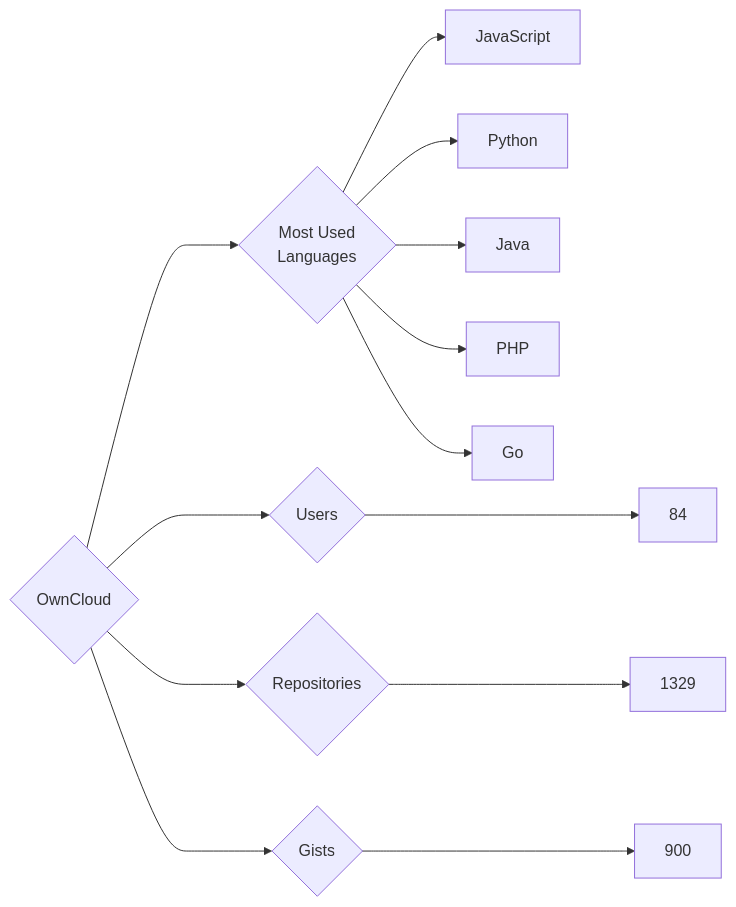
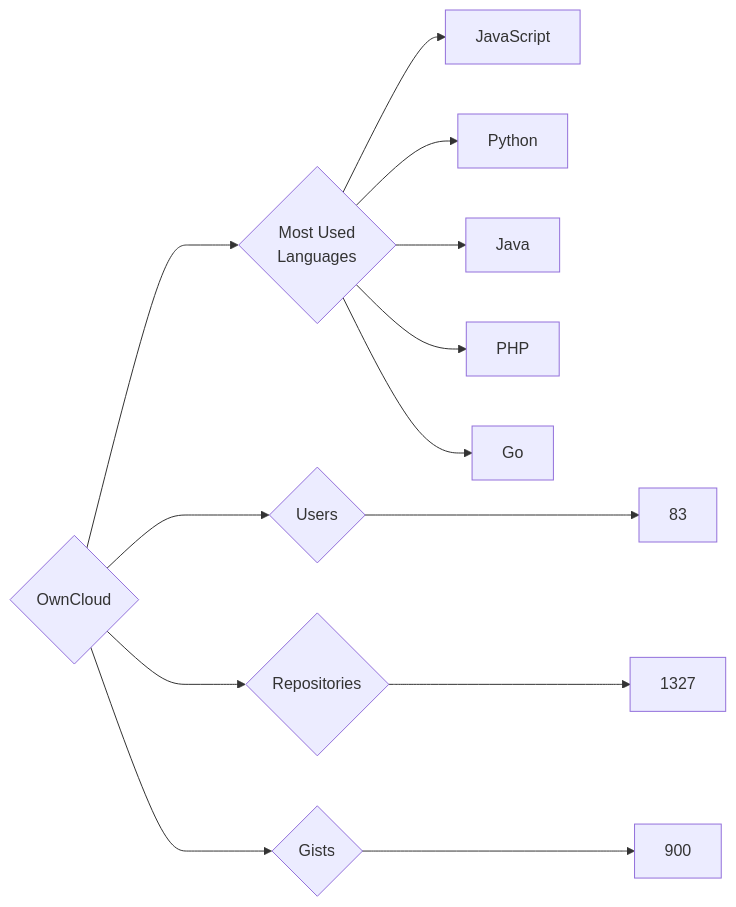
Before and after one commit to trickest/insiders: the diagram in targets/OwnCloud/README.md, drawn with Mermaid. The commit also changed 695 other files, not shown here.

````diff
--- a/targets/OwnCloud/README.md
+++ b/targets/OwnCloud/README.md
@@ -3,13 +3,13 @@
 ```mermaid
 graph LR
 COMPANY_NAME{OwnCloud}
-COMPANY_NAME ---> U{Users} ---> UN[84]
-COMPANY_NAME ---> R{Repositories} ---> RN[1329]
+COMPANY_NAME ---> U{Users} ---> UN[83]
+COMPANY_NAME ---> R{Repositories} ---> RN[1327]
 COMPANY_NAME ---> G{Gists} ---> GN[900]
 COMPANY_NAME ---> ML{Most Used<br>Languages}
 ML --> JavaScript[JavaScript]
 ML --> Python[Python]
 ML --> Java[Java]
 ML --> PHP[PHP]
 ML --> Go[Go]
 ```
````
